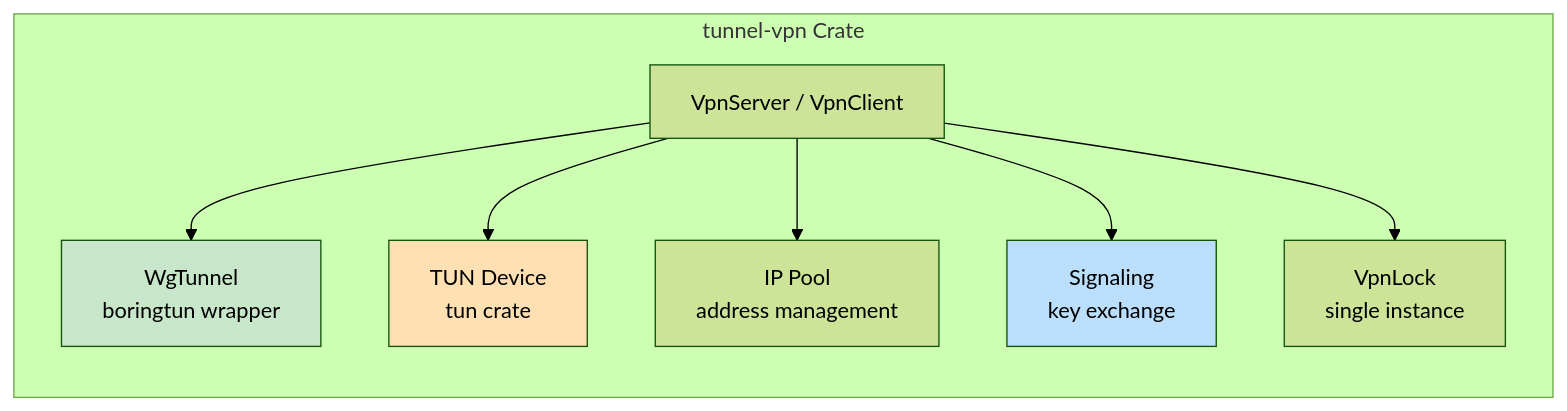
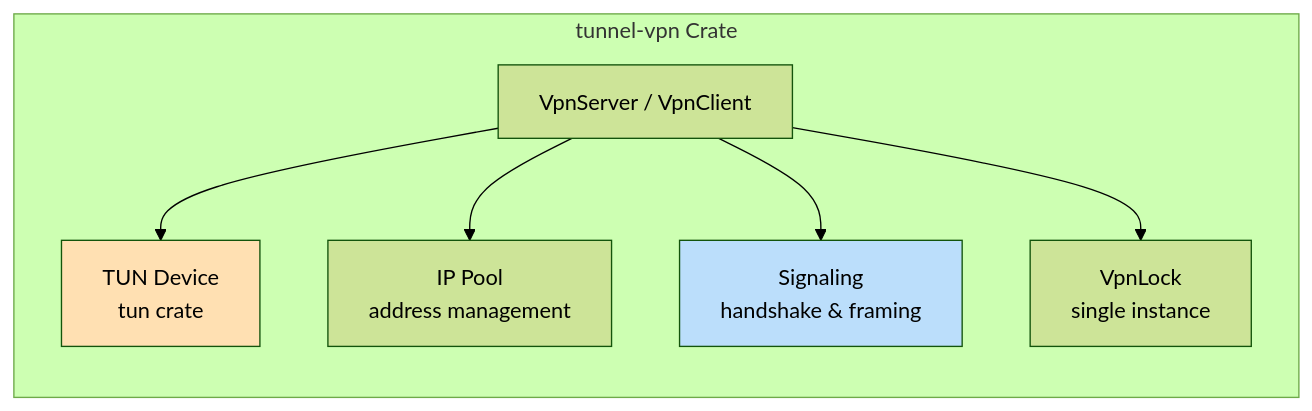
Before and after one commit to andrewtheguy/vpn-rs: diagram 11 of 42 in docs/ARCHITECTURE.md, drawn with Mermaid (forest theme). The commit also changed other lines of this file, not shown here.

````diff
--- a/docs/ARCHITECTURE.md
+++ b/docs/ARCHITECTURE.md
@@ -468,21 +464,18 @@
 ```mermaid
 graph LR
     subgraph "tunnel-vpn Crate"
         A[VpnServer / VpnClient]
-        B[WgTunnel<br/>boringtun wrapper]
         C[TUN Device<br/>tun crate]
         D[IP Pool<br/>address management]
-        E[Signaling<br/>key exchange]
+        E[Signaling<br/>handshake & framing]
         F[VpnLock<br/>single instance]
     end
 
-    A --> B
     A --> C
     A --> D
     A --> E
     A --> F
 
-    style B fill:#C8E6C9
     style C fill:#FFE0B2
     style E fill:#BBDEFB
 ```
````
